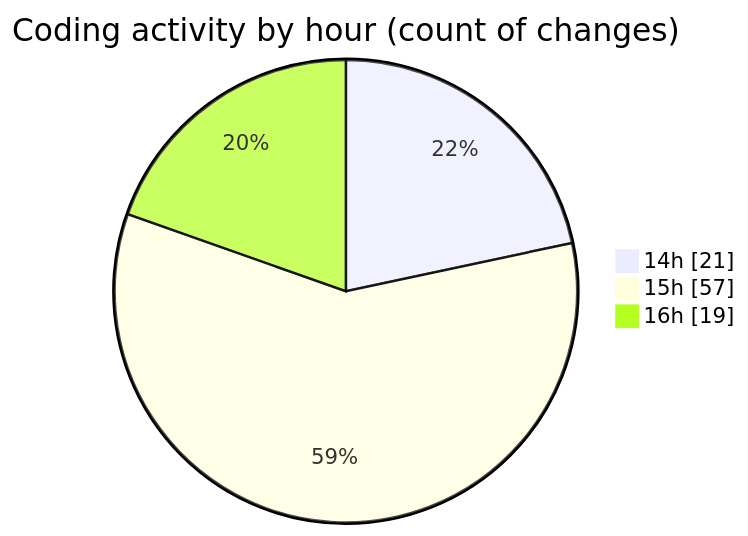
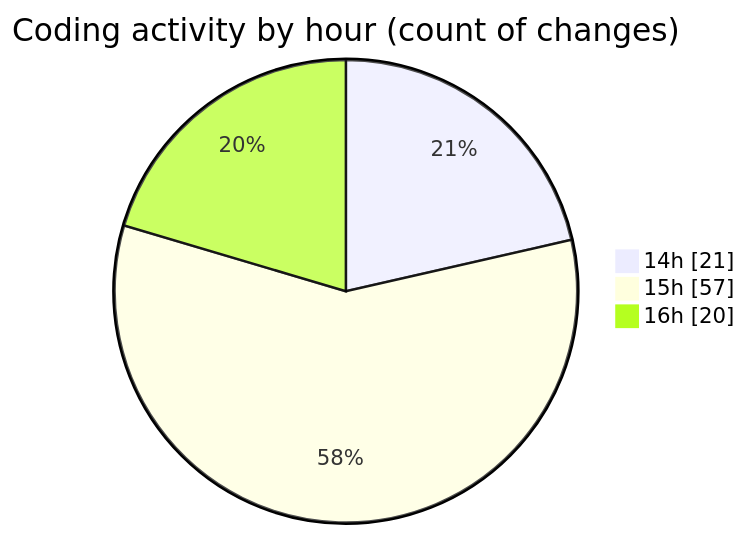
The second of 2 diagrams in 2025-05-24/projects/README.md (Ritupan-Deka/code-tracking), drawn with Mermaid before and after one commit. The commit also changed other lines of this file and 1 other file, not shown here.

````diff
--- a/2025-05-24/projects/README.md
+++ b/2025-05-24/projects/README.md
@@ -33,7 +33,7 @@
 ```mermaid
 pie showData
 title Coding activity by hour (count of changes)
 "14h" : 21
 "15h" : 57
-"16h" : 19
+"16h" : 20
 ```
````
